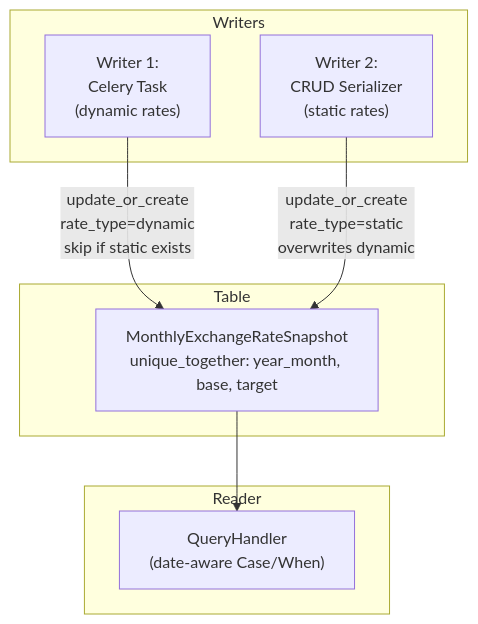
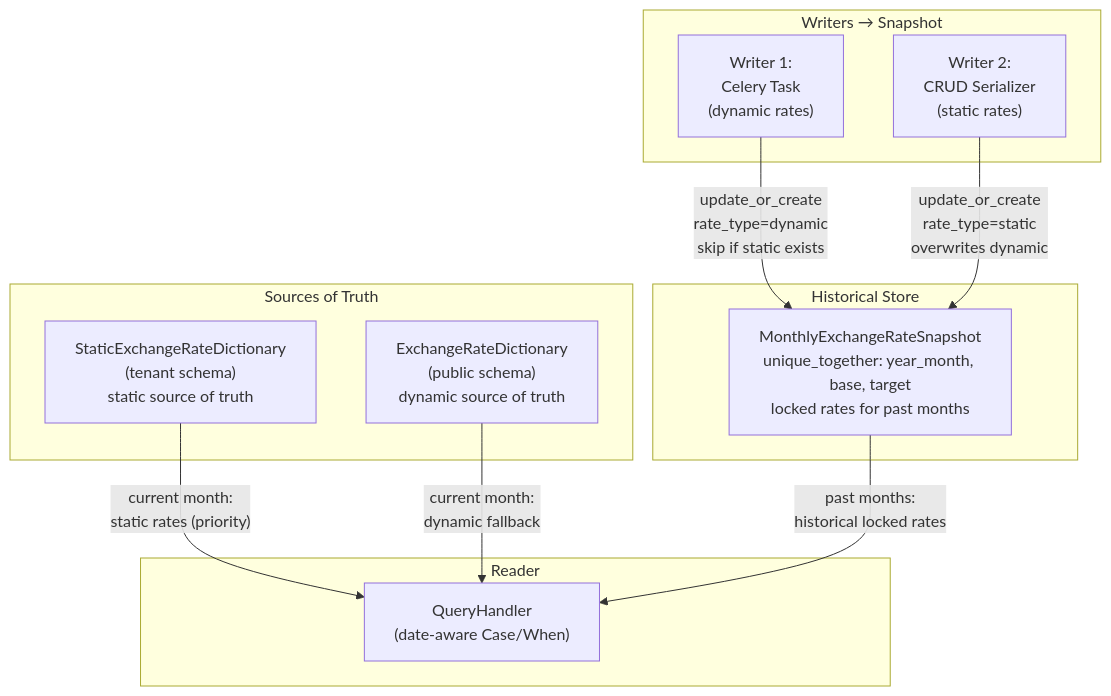
Before and after one commit to project-koku/koku: the second of 2 diagrams in docs/architecture/constant-currency/pipeline-changes.md, drawn with Mermaid. The commit also changed other lines of this file and 4 other files, not shown here.

First line of the commit message:
COST-7252: Clarify two-tier rate resolution architecture

````diff
--- a/docs/architecture/constant-currency/pipeline-changes.md
+++ b/docs/architecture/constant-currency/pipeline-changes.md
@@ -90,16 +92,22 @@
 ```mermaid
 graph TD
-    subgraph "Writers"
+    subgraph "Sources of Truth"
+        SERD["StaticExchangeRateDictionary<br/>(tenant schema)<br/>static source of truth"]
+        ERD["ExchangeRateDictionary<br/>(public schema)<br/>dynamic source of truth"]
+    end
+    subgraph "Writers → Snapshot"
         W1["Writer 1:<br/>Celery Task<br/>(dynamic rates)"]
         W2["Writer 2:<br/>CRUD Serializer<br/>(static rates)"]
     end
-    subgraph "Table"
-        SNAP["MonthlyExchangeRateSnapshot<br/>unique_together: year_month, base, target"]
+    subgraph "Historical Store"
+        SNAP["MonthlyExchangeRateSnapshot<br/>unique_together: year_month, base, target<br/>locked rates for past months"]
     end
     subgraph "Reader"
         QH["QueryHandler<br/>(date-aware Case/When)"]
     end
     W1 -->|"update_or_create<br/>rate_type=dynamic<br/>skip if static exists"| SNAP
     W2 -->|"update_or_create<br/>rate_type=static<br/>overwrites dynamic"| SNAP
-    SNAP --> QH
+    SERD -->|"current month:<br/>static rates (priority)"| QH
+    ERD -->|"current month:<br/>dynamic fallback"| QH
+    SNAP -->|"past months:<br/>historical locked rates"| QH
 ```
````
